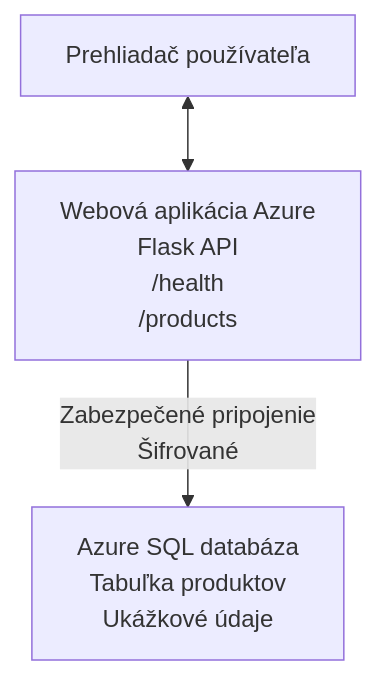
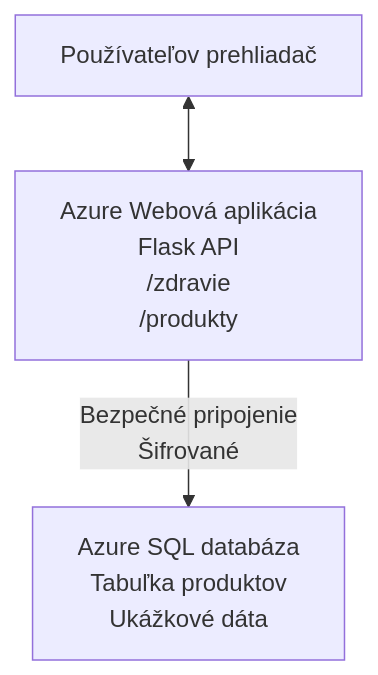
One commit to microsoft/AZD-for-beginners changed the diagram in translations/sk/examples/database-app/README.md. Above: the diagram before and after it, drawn with Mermaid. The commit also changed other lines of this file and 101 other files, not shown here.

````diff
--- a/translations/sk/examples/database-app/README.md
+++ b/translations/sk/examples/database-app/README.md
@@ -72,5 +72,5 @@
 ```mermaid
 graph TD
-    Browser[Prehliadač používateľa] <--> WebApp[Webová aplikácia Azure<br/>Flask API<br/>/health<br/>/products]
-    WebApp -- Zabezpečené pripojenie<br/>Šifrované --> SQL[Azure SQL databáza<br/>Tabuľka produktov<br/>Ukážkové údaje]
+    Browser[Používateľov prehliadač] <--> WebApp[Azure Webová aplikácia<br/>Flask API<br/>/zdravie<br/>/produkty]
+    WebApp -- Bezpečné pripojenie<br/>Šifrované --> SQL[Azure SQL databáza<br/>Tabuľka produktov<br/>Ukážkové dáta]
 ```
````
